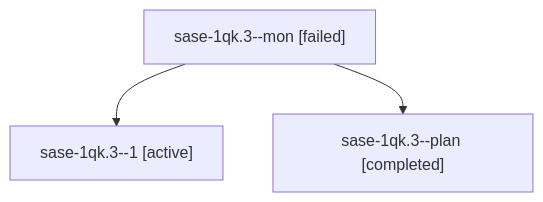
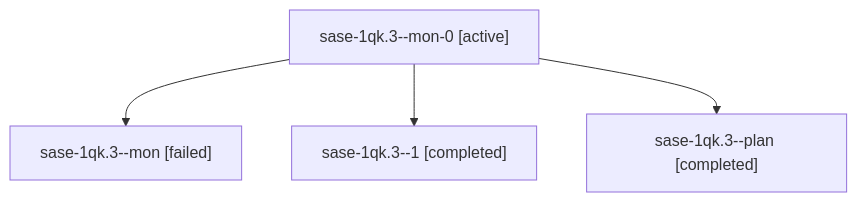
One commit to sase-org/sase--agents changed the diagram in sessions/bbugyi200.athena.sase-1qk.3.md. Above: the diagram before and after it, drawn with Mermaid. The commit also changed other lines of this file and 61 other files, not shown here.

````diff
--- a/sessions/bbugyi200.athena.sase-1qk.3.md
+++ b/sessions/bbugyi200.athena.sase-1qk.3.md
@@ -9,8 +9,10 @@
 ```mermaid
 flowchart TD
-  n0["sase-1qk.3--mon [failed]"]
-  n1["sase-1qk.3--1 [active]"]
+  n0["sase-1qk.3--mon-0 [active]"]
+  n1["sase-1qk.3--mon [failed]"]
   n0 --> n1
-  n2["sase-1qk.3--plan [completed]"]
+  n2["sase-1qk.3--1 [completed]"]
   n0 --> n2
+  n3["sase-1qk.3--plan [completed]"]
+  n0 --> n3
 ```
````
